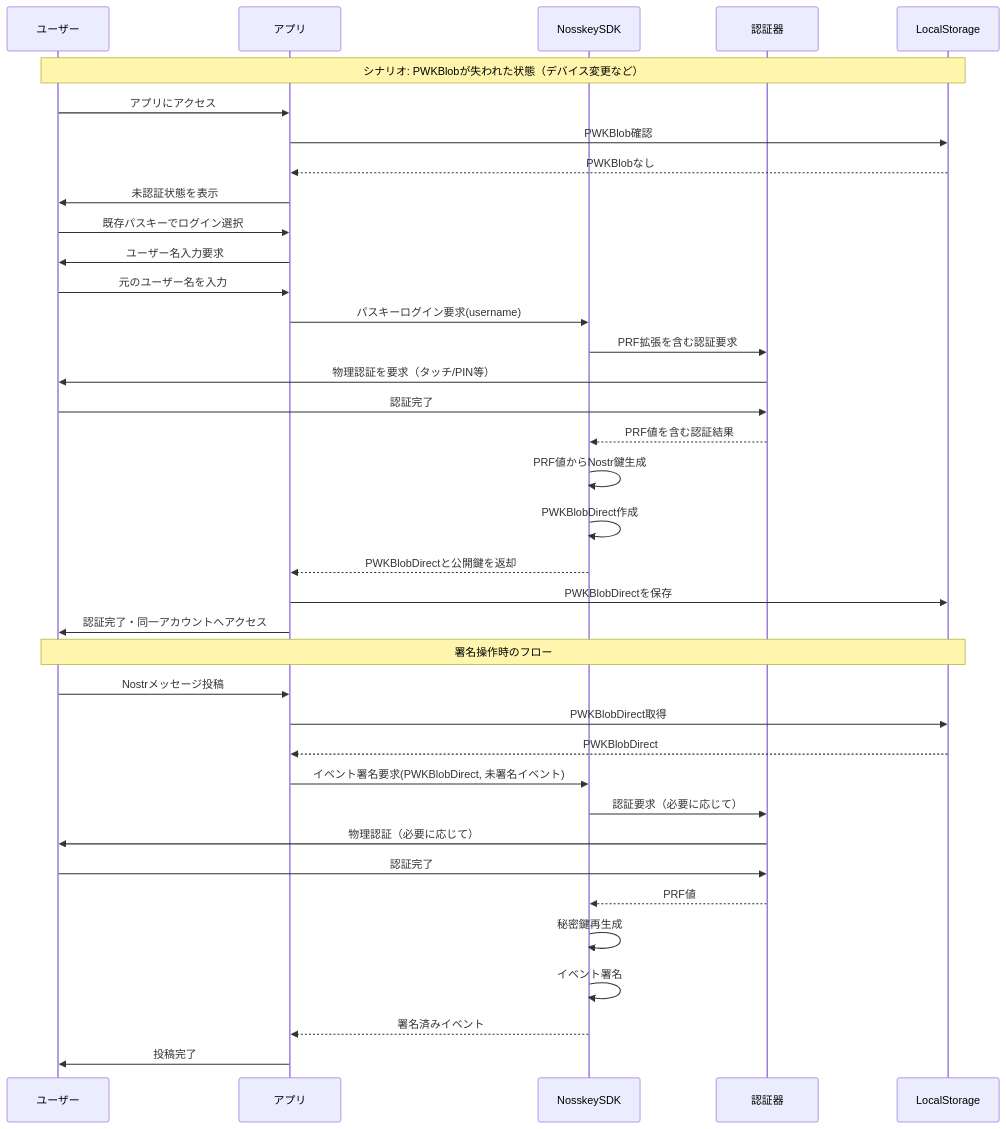
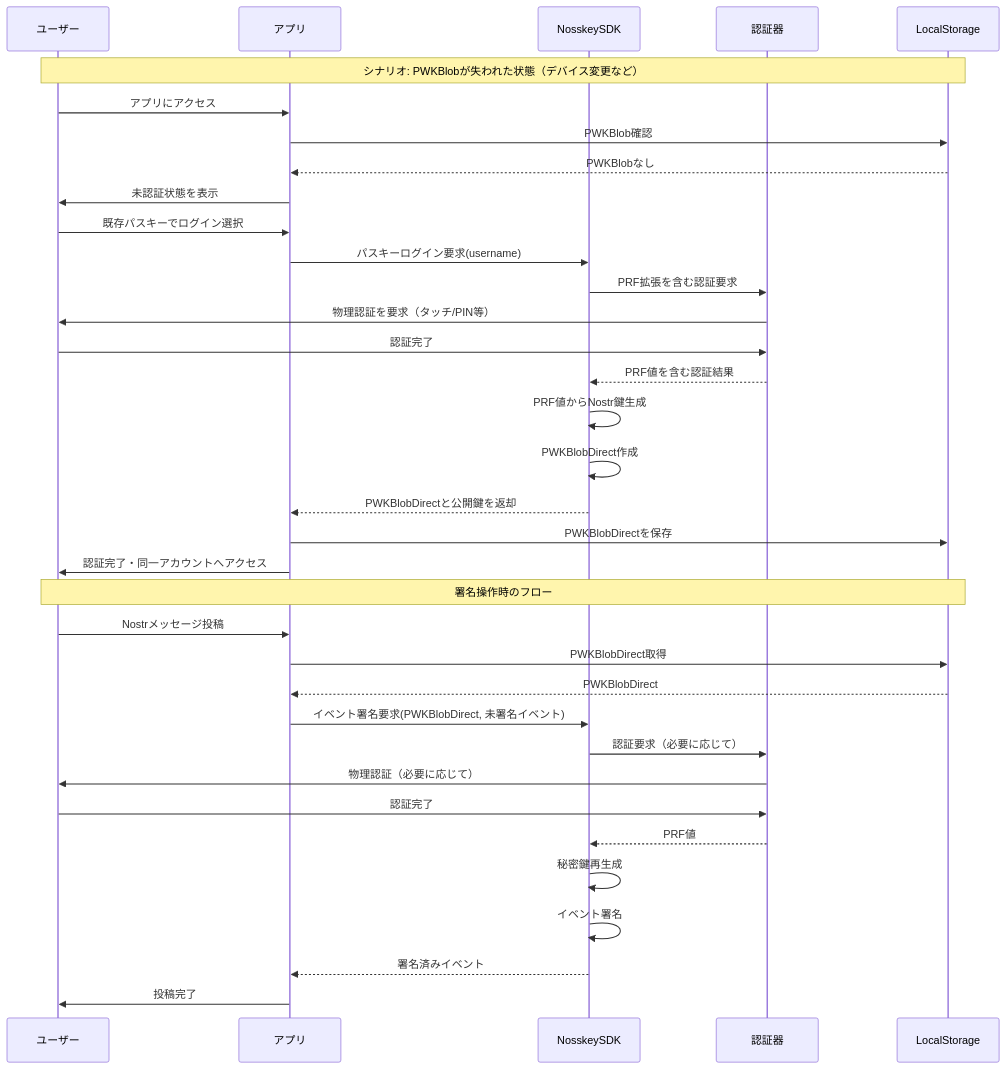
The second of 3 diagrams in docs/pwkblob-auth-usecases.md (ocknamo/nosskey-sdk), drawn with Mermaid before and after one commit. The commit also changed other lines of this file and 5 other files, not shown here.

````diff
--- a/docs/pwkblob-auth-usecases.md
+++ b/docs/pwkblob-auth-usecases.md
@@ -35,46 +35,44 @@
 ```mermaid
 sequenceDiagram
     participant ユーザー
     participant アプリ
     participant NosskeySDK
     participant 認証器
     participant LocalStorage
 
     Note over ユーザー,LocalStorage: シナリオ: PWKBlobが失われた状態（デバイス変更など）
 
     ユーザー->>アプリ: アプリにアクセス
     アプリ->>LocalStorage: PWKBlob確認
     LocalStorage-->>アプリ: PWKBlobなし
     アプリ->>ユーザー: 未認証状態を表示
 
     ユーザー->>アプリ: 既存パスキーでログイン選択
-    アプリ->>ユーザー: ユーザー名入力要求
-    ユーザー->>アプリ: 元のユーザー名を入力
     アプリ->>NosskeySDK: パスキーログイン要求(username)
     
     NosskeySDK->>認証器: PRF拡張を含む認証要求
     認証器->>ユーザー: 物理認証を要求（タッチ/PIN等）
     ユーザー->>認証器: 認証完了
     認証器-->>NosskeySDK: PRF値を含む認証結果
     
     NosskeySDK->>NosskeySDK: PRF値からNostr鍵生成
     NosskeySDK->>NosskeySDK: PWKBlobDirect作成
     NosskeySDK-->>アプリ: PWKBlobDirectと公開鍵を返却
     アプリ->>LocalStorage: PWKBlobDirectを保存
     アプリ->>ユーザー: 認証完了・同一アカウントへアクセス
     
     Note over ユーザー,LocalStorage: 署名操作時のフロー
     
     ユーザー->>アプリ: Nostrメッセージ投稿
     アプリ->>LocalStorage: PWKBlobDirect取得
     LocalStorage-->>アプリ: PWKBlobDirect
     アプリ->>NosskeySDK: イベント署名要求(PWKBlobDirect, 未署名イベント)
     NosskeySDK->>認証器: 認証要求（必要に応じて）
     認証器->>ユーザー: 物理認証（必要に応じて）
     ユーザー->>認証器: 認証完了
     認証器-->>NosskeySDK: PRF値
     NosskeySDK->>NosskeySDK: 秘密鍵再生成
     NosskeySDK->>NosskeySDK: イベント署名
     NosskeySDK-->>アプリ: 署名済みイベント
     アプリ->>ユーザー: 投稿完了
 ```
````
